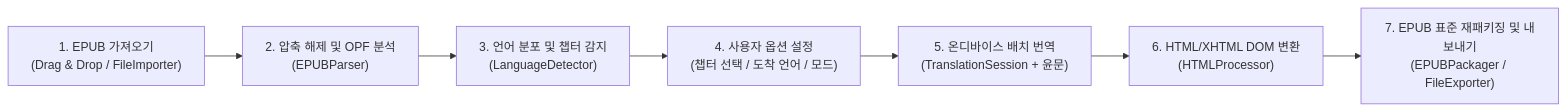
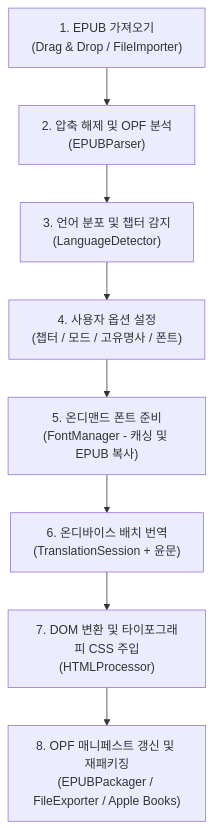
The diagram in APP_DEFINITION.md (lee-youngbok/epubtranslate_mapapp), drawn with Mermaid before and after one commit. The commit also changed other lines of this file and 20 other files, not shown here.

Commit message:
feat: 글꼴(폰트) 커스터마이징, 온디맨드 다운로드, EPUB 임베딩 및 깃북(docs) 문서 구축

````diff
--- a/APP_DEFINITION.md
+++ b/APP_DEFINITION.md
@@ -25,9 +29,10 @@
 ```mermaid
-flowchart LR
+flowchart TD
     A["1. EPUB 가져오기\n(Drag & Drop / FileImporter)"] --> B["2. 압축 해제 및 OPF 분석\n(EPUBParser)"]
     B --> C["3. 언어 분포 및 챕터 감지\n(LanguageDetector)"]
-    C --> D["4. 사용자 옵션 설정\n(챕터 선택 / 도착 언어 / 모드)"]
-    D --> E["5. 온디바이스 배치 번역\n(TranslationSession + 윤문)"]
-    E --> F["6. HTML/XHTML DOM 변환\n(HTMLProcessor)"]
-    F --> G["7. EPUB 표준 재패키징 및 내보내기\n(EPUBPackager / FileExporter)"]
+    C --> D["4. 사용자 옵션 설정\n(챕터 / 모드 / 고유명사 / 폰트)"]
+    D --> E["5. 온디맨드 폰트 준비\n(FontManager - 캐싱 및 EPUB 복사)"]
+    E --> F["6. 온디바이스 배치 번역\n(TranslationSession + 윤문)"]
+    F --> G["7. DOM 변환 및 타이포그래피 CSS 주입\n(HTMLProcessor)"]
+    G --> H["8. OPF 매니페스트 갱신 및 재패키징\n(EPUBPackager / FileExporter / Apple Books)"]
 ```
````
